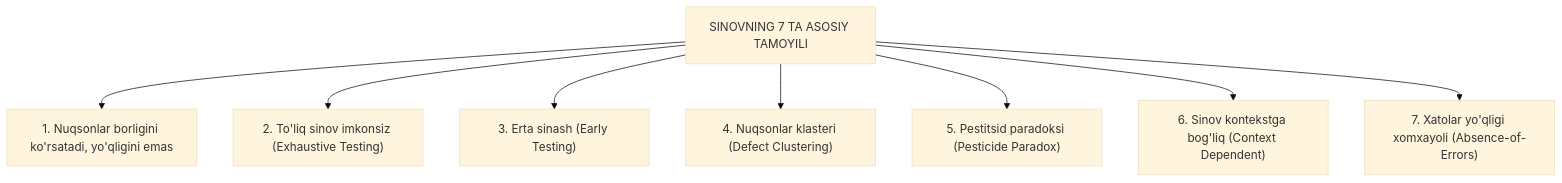
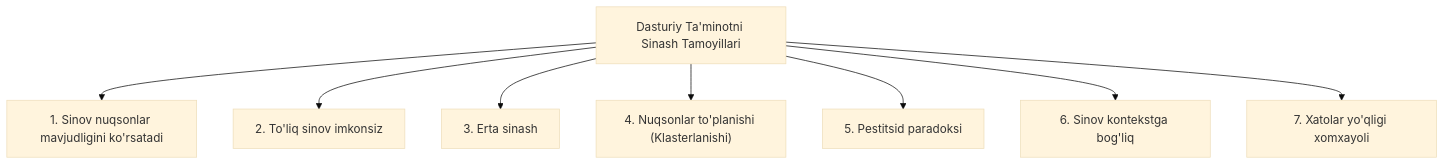
The diagram in app/docs/software-testing/software-testing-principles/page.mdx (Ergashov15/qa-uzbekistan), drawn with Mermaid (base theme) before and after one commit. The commit also changed other lines of this file, not shown here.

Commit message:
feat: rewrite software testing principles in Uzbek based on source text

````diff
--- a/app/docs/software-testing/software-testing-principles/page.mdx
+++ b/app/docs/software-testing/software-testing-principles/page.mdx
@@ -13,10 +17,11 @@
 ```mermaid
 flowchart TD
-    P["SINOVNING 7 TA ASOSIY TAMOYILI"] --> P1["1. Nuqsonlar borligini ko'rsatadi, yo'qligini emas"]
-    P --> P2["2. To'liq sinov imkonsiz (Exhaustive Testing)"]
-    P --> P3["3. Erta sinash (Early Testing)"]
-    P --> P4["4. Nuqsonlar klasteri (Defect Clustering)"]
-    P --> P5["5. Pestitsid paradoksi (Pesticide Paradox)"]
-    P --> P6["6. Sinov kontekstga bog'liq (Context Dependent)"]
-    P --> P7["7. Xatolar yo'qligi xomxayoli (Absence-of-Errors)"]
+    P["Dasturiy Ta'minotni Sinash Tamoyillari"]
+    P --> P1["1. Sinov nuqsonlar mavjudligini ko'rsatadi"]
+    P --> P2["2. To'liq sinov imkonsiz"]
+    P --> P3["3. Erta sinash"]
+    P --> P4["4. Nuqsonlar to'planishi (Klasterlanishi)"]
+    P --> P5["5. Pestitsid paradoksi"]
+    P --> P6["6. Sinov kontekstga bog'liq"]
+    P --> P7["7. Xatolar yo'qligi xomxayoli"]
 ```
````
